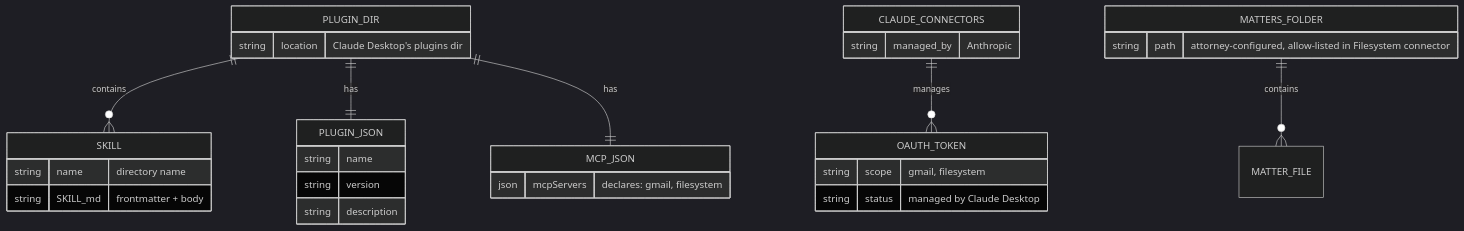
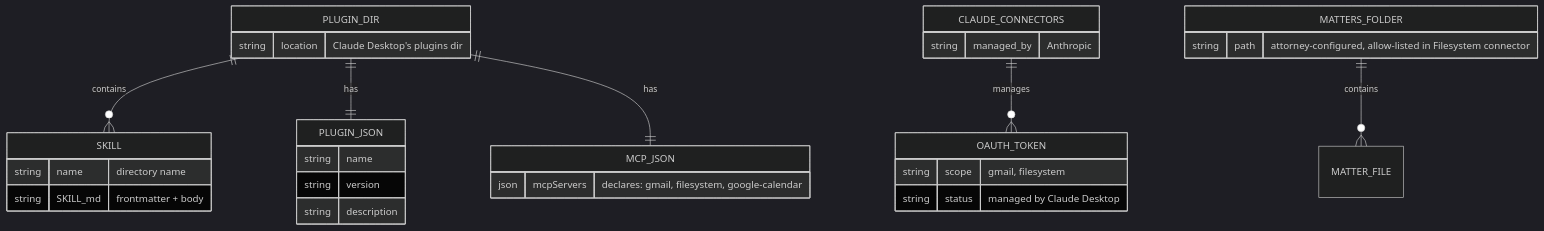
The diagram in docs/App - Solo Attorney Claude Plugin - Technical.md (protomated/claude-solo-attorney-starter-kit), drawn with Mermaid (dark theme) before and after one commit. The commit also changed other lines of this file and 22 other files, not shown here.

````diff
--- a/docs/App - Solo Attorney Claude Plugin - Technical.md
+++ b/docs/App - Solo Attorney Claude Plugin - Technical.md
@@ -101,33 +102,33 @@
 ```mermaid
 erDiagram
     PLUGIN_DIR ||--o{ SKILL : contains
     PLUGIN_DIR ||--|| PLUGIN_JSON : has
     PLUGIN_DIR ||--|| MCP_JSON : has
     PLUGIN_DIR {
         string location "Claude Desktop's plugins dir"
     }
     PLUGIN_JSON {
         string name
         string version
         string description
     }
     MCP_JSON {
-        json mcpServers "declares: gmail, filesystem"
+        json mcpServers "declares: gmail, filesystem, google-calendar"
     }
     SKILL {
         string name "directory name"
         string SKILL_md "frontmatter + body"
     }
     CLAUDE_CONNECTORS ||--o{ OAUTH_TOKEN : manages
     CLAUDE_CONNECTORS {
         string managed_by "Anthropic"
     }
     OAUTH_TOKEN {
         string scope "gmail, filesystem"
         string status "managed by Claude Desktop"
     }
     MATTERS_FOLDER ||--o{ MATTER_FILE : contains
     MATTERS_FOLDER {
         string path "attorney-configured, allow-listed in Filesystem connector"
     }
 ```
````
